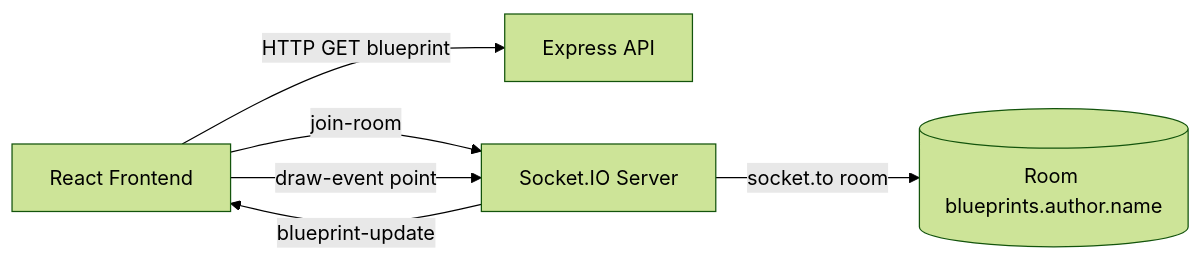
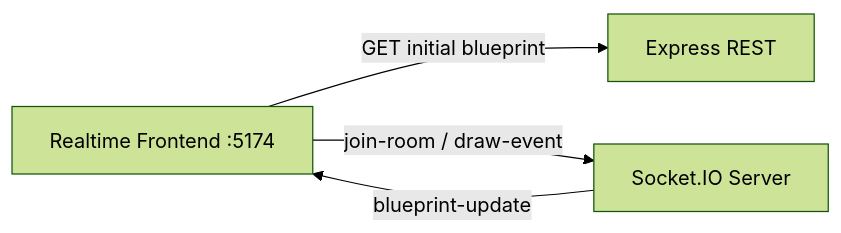
The diagram in README.md (TerraFour-ECI/blueprints-example-backend-socketio-node), drawn with Mermaid (forest theme) before and after one commit. The commit also changed other lines of this file and 6 other files, not shown here.

````diff
--- a/README.md
+++ b/README.md
@@ -50,8 +37,6 @@
 ```mermaid
 flowchart LR
-  FE[React Frontend] -->|HTTP GET blueprint| API[Express API]
-  FE -->|join-room| IO[Socket.IO Server]
-  FE -->|draw-event point| IO
-  IO -->|blueprint-update| FE
-  IO -->|socket.to room| ROOM[(Room blueprints.author.name)]
+  FE["Realtime Frontend :5174"] -->|"GET initial blueprint"| API["Express REST"]
+  FE -->|"join-room / draw-event"| IO["Socket.IO Server"]
+  IO -->|"blueprint-update"| FE
 ```
````
